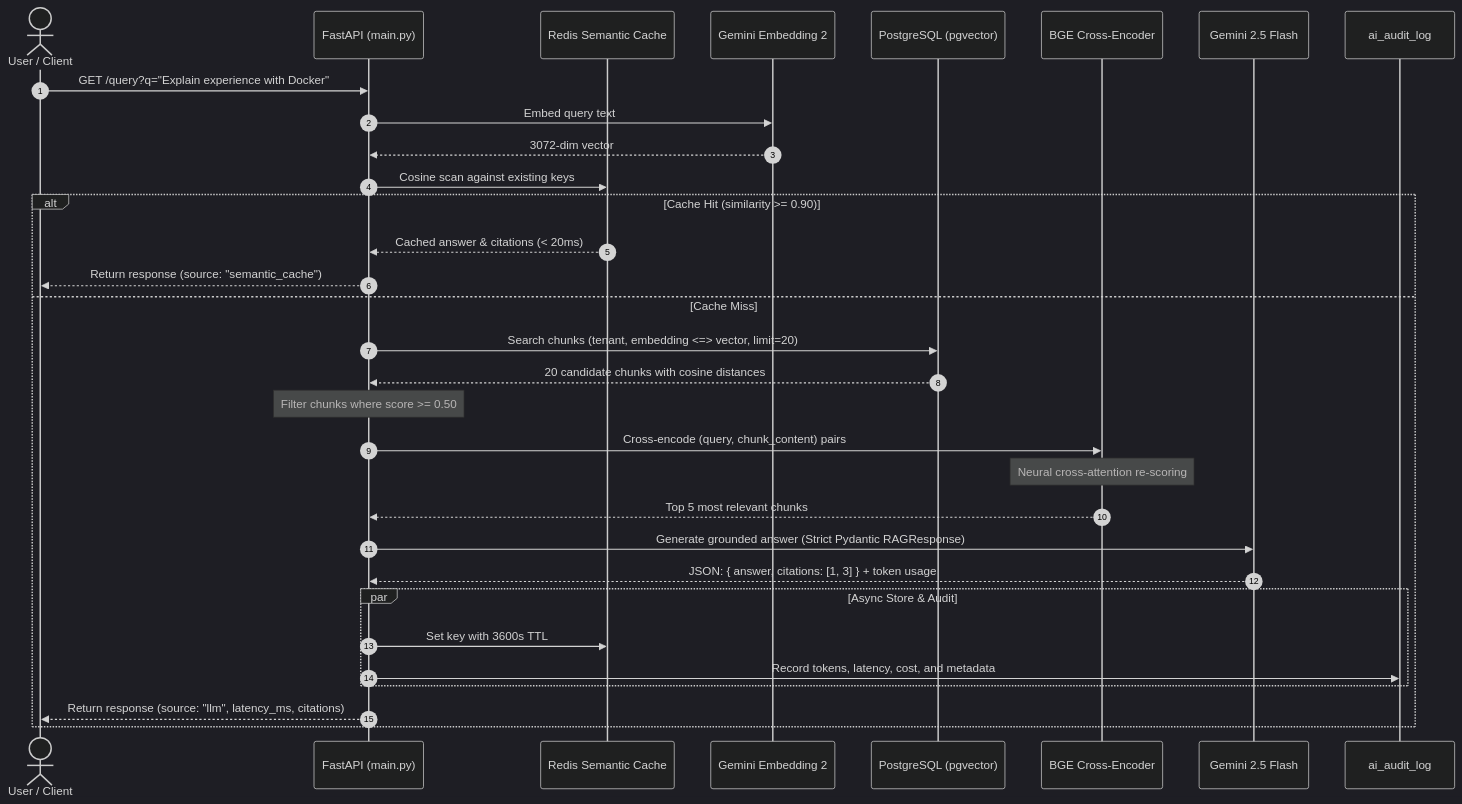
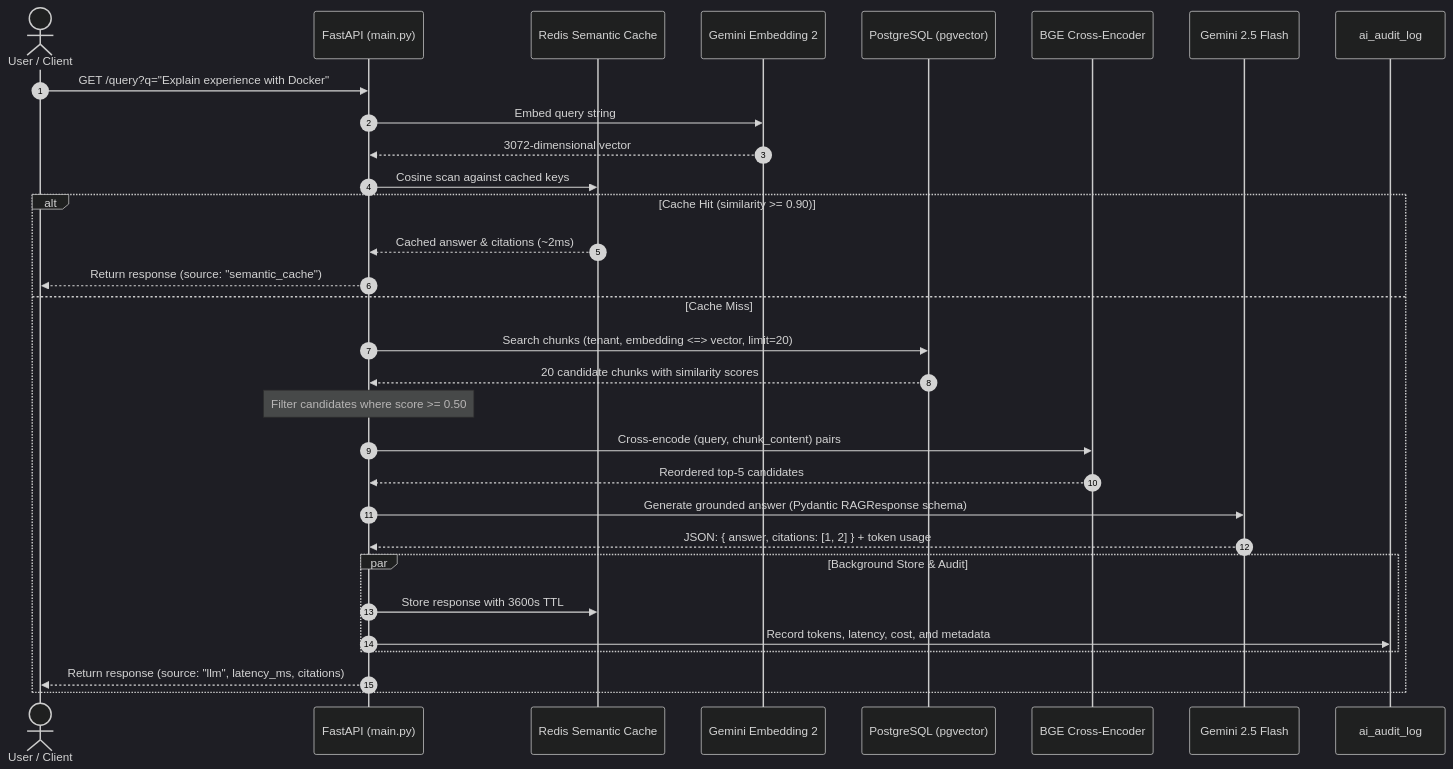
The second of 2 diagrams in README.md (Shardul9999/RAG-From-Scratch), drawn with Mermaid (dark theme) before and after one commit. The commit also changed other lines of this file, not shown here.

````diff
--- a/README.md
+++ b/README.md
@@ -124,36 +131,35 @@
 ```mermaid
 sequenceDiagram
     autonumber
-    actor User as User / Client
+    actor Client as User / Client
     participant API as FastAPI (main.py)
     participant Cache as Redis Semantic Cache
     participant Embed as Gemini Embedding 2
-    participant PG as PostgreSQL (pgvector)
+    participant DB as PostgreSQL (pgvector)
     participant Rerank as BGE Cross-Encoder
     participant LLM as Gemini 2.5 Flash
     participant Audit as ai_audit_log
 
-    User->>API: GET /query?q="Explain experience with Docker"
-    API->>Embed: Embed query text
-    Embed-->>API: 3072-dim vector
+    Client->>API: GET /query?q="Explain experience with Docker"
+    API->>Embed: Embed query string
+    Embed-->>API: 3072-dimensional vector
 
-    API->>Cache: Cosine scan against existing keys
+    API->>Cache: Cosine scan against cached keys
     alt Cache Hit (similarity >= 0.90)
-        Cache-->>API: Cached answer & citations (< 20ms)
-        API-->>User: Return response (source: "semantic_cache")
+        Cache-->>API: Cached answer & citations (~2ms)
+        API-->>Client: Return response (source: "semantic_cache")
     else Cache Miss
-        API->>PG: Search chunks (tenant, embedding <=> vector, limit=20)
-        PG-->>API: 20 candidate chunks with cosine distances
-        Note over API: Filter chunks where score >= 0.50
+        API->>DB: Search chunks (tenant, embedding <=> vector, limit=20)
+        DB-->>API: 20 candidate chunks with similarity scores
+        Note over API: Filter candidates where score >= 0.50
         API->>Rerank: Cross-encode (query, chunk_content) pairs
-        Note over Rerank: Neural cross-attention re-scoring
-        Rerank-->>API: Top 5 most relevant chunks
-        API->>LLM: Generate grounded answer (Strict Pydantic RAGResponse)
-        LLM-->>API: JSON: { answer, citations: [1, 3] } + token usage
-        par Async Store & Audit
-            API->>Cache: Set key with 3600s TTL
+        Rerank-->>API: Reordered top-5 candidates
+        API->>LLM: Generate grounded answer (Pydantic RAGResponse schema)
+        LLM-->>API: JSON: { answer, citations: [1, 2] } + token usage
+        par Background Store & Audit
+            API->>Cache: Store response with 3600s TTL
             API->>Audit: Record tokens, latency, cost, and metadata
         end
-        API-->>User: Return response (source: "llm", latency_ms, citations)
+        API-->>Client: Return response (source: "llm", latency_ms, citations)
     end
 ```
````
